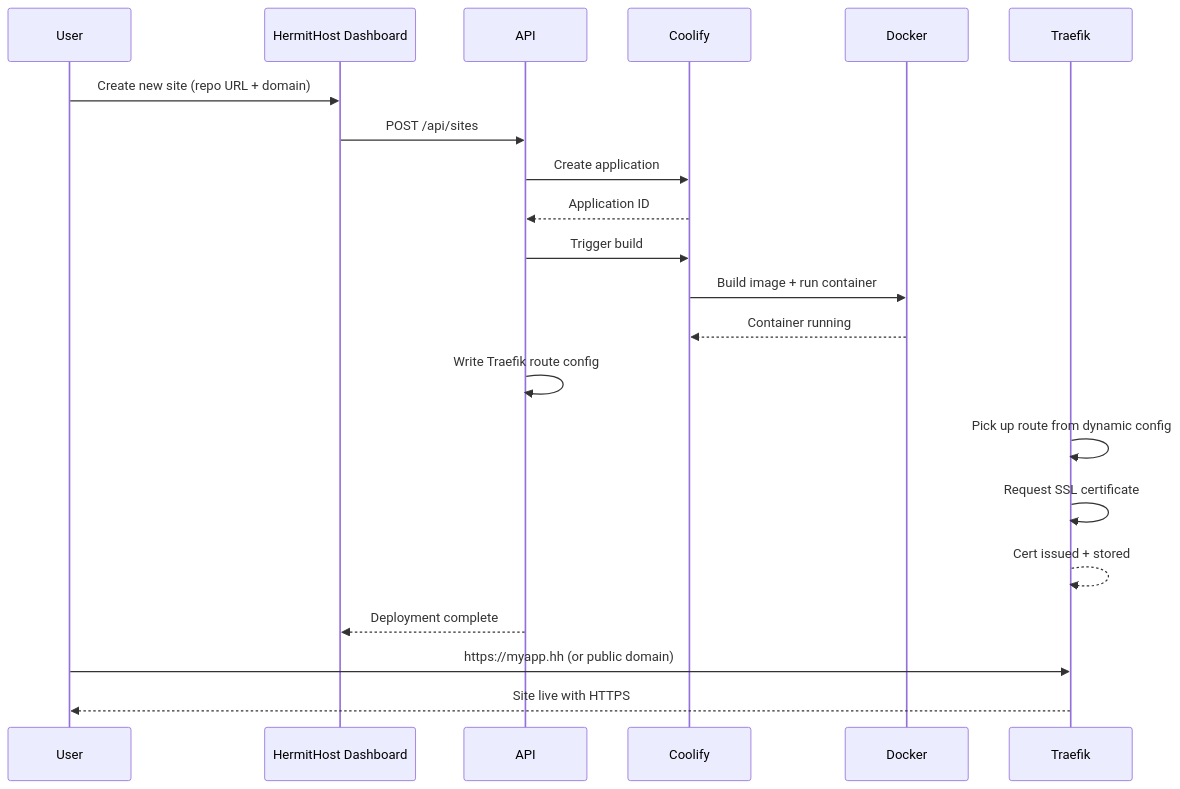
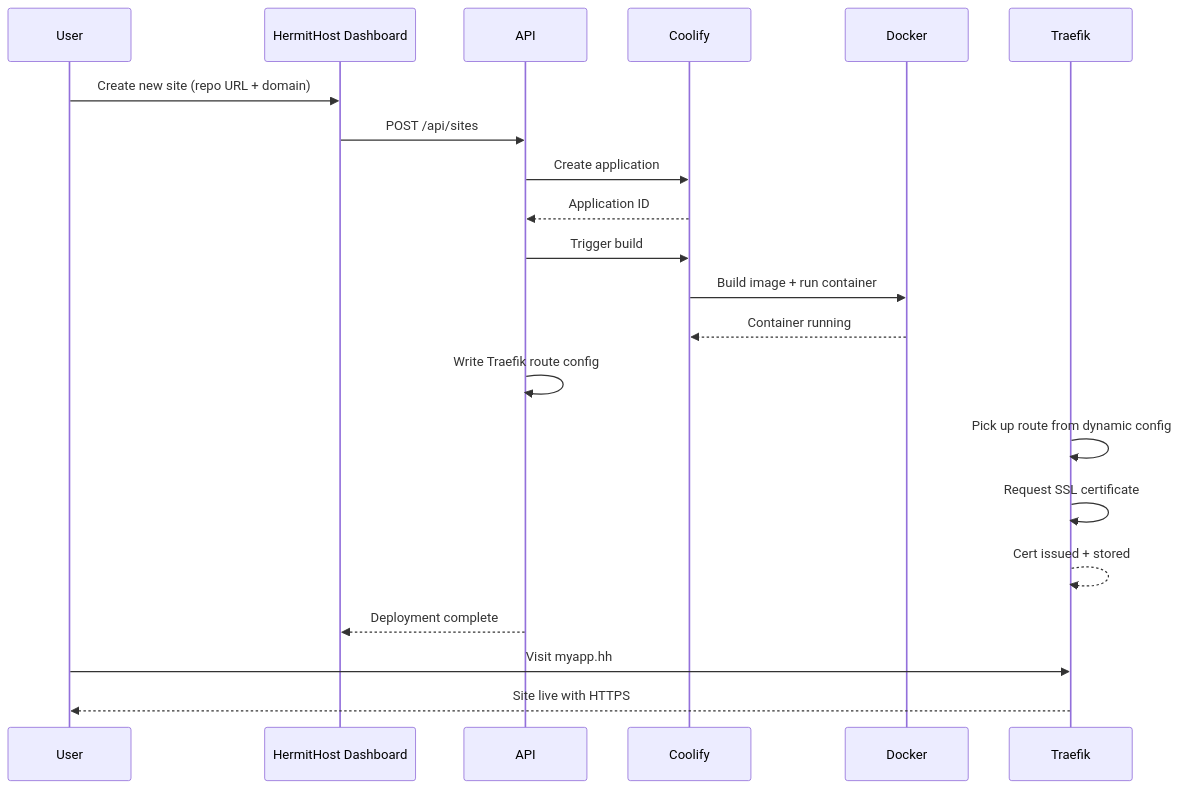
Before and after one commit to 10Legs/hermithost: the third of 3 diagrams in README.md, drawn with Mermaid. The commit also changed other lines of this file, not shown here.

Commit message:
fix(docs): remove special chars from Mermaid edge labels for GitHub rendering

````diff
--- a/README.md
+++ b/README.md
@@ -73,24 +71,24 @@
 ```mermaid
 sequenceDiagram
   participant User
   participant Dashboard as HermitHost Dashboard
   participant API
   participant Coolify
   participant Docker
   participant Traefik
   
   User->>Dashboard: Create new site (repo URL + domain)
   Dashboard->>API: POST /api/sites
   API->>Coolify: Create application
   Coolify-->>API: Application ID
   API->>Coolify: Trigger build
   Coolify->>Docker: Build image + run container
   Docker-->>Coolify: Container running
   API->>API: Write Traefik route config
   Traefik->>Traefik: Pick up route from dynamic config
   Traefik->>Traefik: Request SSL certificate
   Traefik-->>Traefik: Cert issued + stored
   API-->>Dashboard: Deployment complete
-  User->>Traefik: https://myapp.hh (or public domain)
+  User->>Traefik: Visit myapp.hh
   Traefik-->>User: Site live with HTTPS
 ```
````
